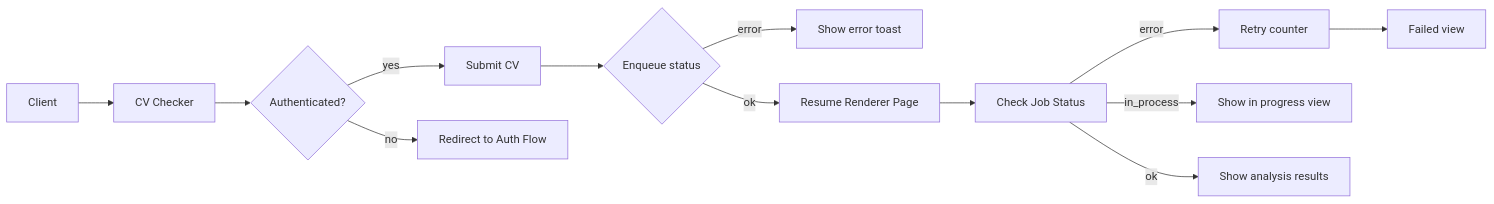
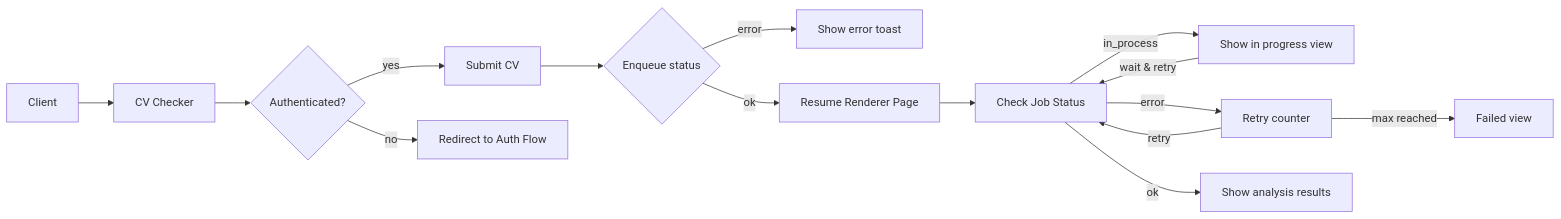
Before and after one commit to DmitriyMuliak/z1mak-cv: the diagram in README.md, drawn with Mermaid. The commit also changed other lines of this file and 25 other files, not shown here.

````diff
--- a/README.md
+++ b/README.md
@@ -18,20 +18,24 @@
 ```mermaid
 flowchart LR
     Client --> CV[CV Checker]
     CV --> Auth{Authenticated?}
     Auth -- yes --> Submit[Submit CV]
     Auth -- no --> AuthFlow[Redirect to Auth Flow]
 
     Submit --> Enqueue{Enqueue status}
     Enqueue -- error --> Toast[Show error toast]
 
     Enqueue -- ok --> Renderer[Resume Renderer Page]
     Renderer --> Status[Check Job Status]
 
+    %% Status polling
+    Status -- in_process --> Progress[Show in progress view]
+    Progress -- wait & retry --> Status
+
     Status -- error --> Retry[Retry counter]
-    Retry --> FailedView[Failed view]
+    Retry -- max reached --> FailedView[Failed view]
+    Retry -- retry --> Status
 
-    Status -- in_process --> Progress[Show in progress view]
     Status -- ok --> Results[Show analysis results]
 
 ```
````
